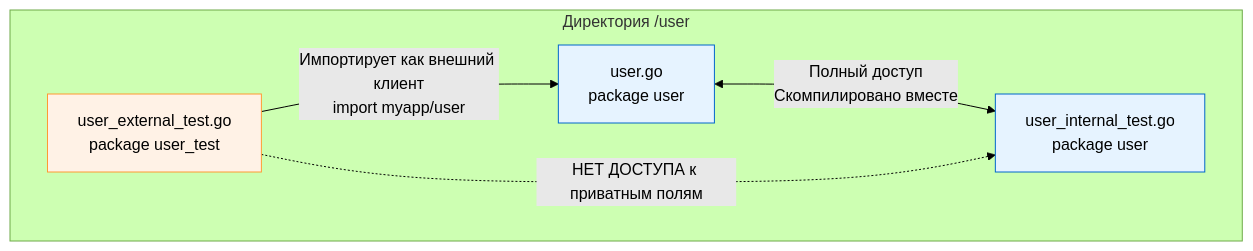
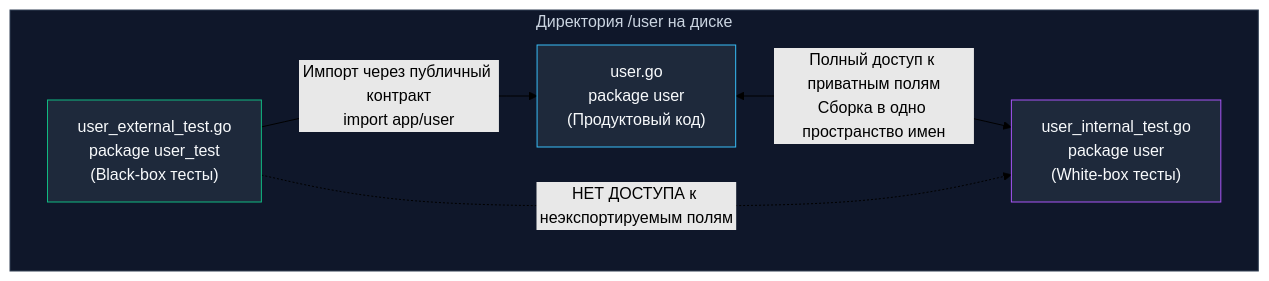
The diagram in sources/15. Тестирование в Go (QA & Testing)/02. testing пакет/2. Структура тестов в Go.md (UnrealTemplier/go-textbook), drawn with Mermaid (forest theme) before and after one commit. The commit also changed other lines of this file, not shown here.

````diff
--- a/sources/15. Тестирование в Go (QA & Testing)/02. testing пакет/2. Структура тестов в Go.md
+++ b/sources/15. Тестирование в Go (QA & Testing)/02. testing пакет/2. Структура тестов в Go.md
@@ -43,16 +34,22 @@
 ```mermaid
 flowchart TD
-    subgraph Folder ["Директория /user"]
-        A["user.go<br>package user"]
-        B["user_internal_test.go<br>package user"]
-        C["user_external_test.go<br>package user_test"]
+    subgraph Dir["Директория /user на диске"]
+        A["user.go<br/>package user<br/>(Продуктовый код)"]
+        B["user_internal_test.go<br/>package user<br/>(White-box тесты)"]
+        C["user_external_test.go<br/>package user_test<br/>(Black-box тесты)"]
     end
     
-    A <-->|"Полный доступ<br>Скомпилировано вместе"| B
-    C -->|"Импортирует как внешний клиент<br>import myapp/user"| A
-    C -.->|"НЕТ ДОСТУПА к приватным полям"| B
-    
-    style A fill:#e6f3ff,stroke:#0066cc
-    style B fill:#e6f3ff,stroke:#0066cc
-    style C fill:#fff2e6,stroke:#ff9933
+    A <-->|"Полный доступ к приватным полям<br/>Сборка в одно пространство имен"| B
+    C -->|"Импорт через публичный контракт<br/>import app/user"| A
+    C -.->|"НЕТ ДОСТУПА к неэкспортируемым полям"| B
+
+    classDef prod fill:#1e293b,stroke:#38bdf8,stroke-width:1px,color:#f8fafc;
+    classDef white fill:#1e293b,stroke:#a855f7,stroke-width:1px,color:#f8fafc;
+    classDef black fill:#1e293b,stroke:#10b981,stroke-width:1px,color:#f8fafc;
+    classDef box fill:#0f172a,stroke:#334155,stroke-width:1px,color:#cbd5e1;
+
+    class A prod;
+    class B white;
+    class C black;
+    class Dir box;
 ```
````
